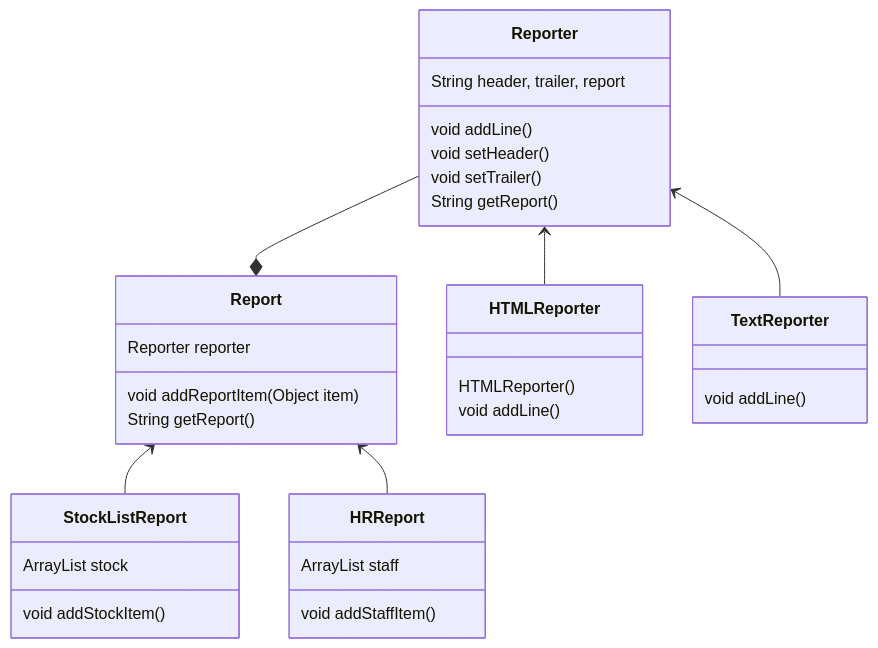
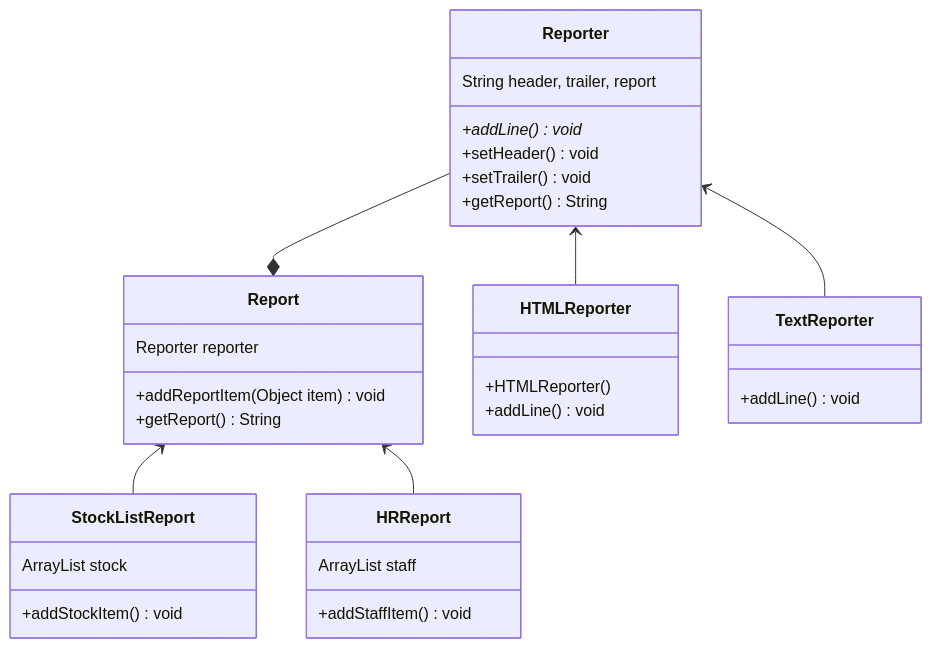
The first of 6 diagrams in 0x02 设计模式/README.md (YanhuiJessica/2022-DTM-Public-YanhuiJessica), drawn with Mermaid before and after one commit. The commit also changed other lines of this file and 11 other files, not shown here.

````diff
--- a/0x02 设计模式/README.md
+++ b/0x02 设计模式/README.md
@@ -3,33 +3,45 @@
 ```mermaid
 classDiagram
 Reporter --* Report
 
-Report : Reporter reporter
-Report : void addReportItem(Object item)
-Report : String getReport()
+class Report {
+	Reporter reporter
+	+addReportItem(Object item) void
+	+getReport() String
+}
 
-Reporter : String header, trailer, report
-Reporter : void addLine()
-Reporter : void setHeader()
-Reporter : void setTrailer()
-Reporter : String getReport()
+class Reporter {
+	String header, trailer, report
+	+addLine()* void
+	+setHeader() void
+	+setTrailer() void
+	+getReport() String
+}
 
 Report <-- StockListReport
 
-StockListReport : ArrayList stock
-StockListReport : void addStockItem()
+class StockListReport {
+	ArrayList stock
+	+addStockItem() void
+}
 
 Report <-- HRReport
 
-HRReport : ArrayList staff
-HRReport : void addStaffItem()
+class HRReport {
+	ArrayList staff
+	+addStaffItem() void
+}
 
 Reporter <-- HTMLReporter
 
-HTMLReporter : HTMLReporter()
-HTMLReporter : void addLine()
+class HTMLReporter {
+	+HTMLReporter()
+	+addLine() void
+}
 
 Reporter <-- TextReporter
 
-TextReporter : void addLine()
+class TextReporter {
+	+addLine() void
+}
 ```
````
